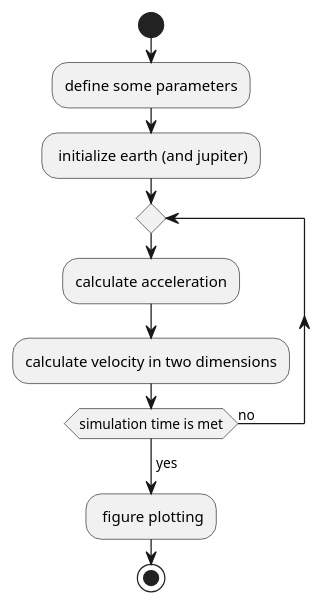
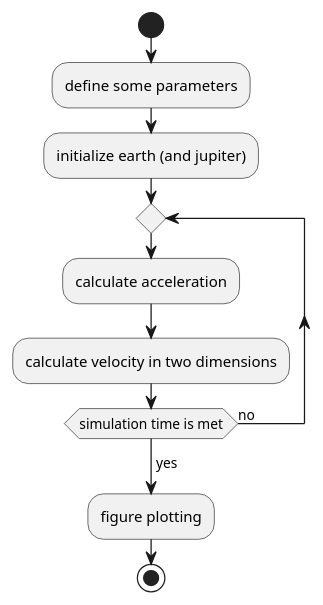
The diagram in doc/plan.md (EcoRedWine/Formalism-planet-etsuko), drawn with PlantUML before and after one commit.

````diff
--- a/doc/plan.md
+++ b/doc/plan.md
@@ -12,19 +12,19 @@
 ```plantuml
 @startuml
 
 start
 
 :define some parameters;
-: initialize earth (and jupiter);
+:initialize earth (and jupiter);
 
 repeat
 :calculate acceleration;
 :calculate velocity in two dimensions;
 
 repeat while (simulation time is met) is (no)
 -> yes;
-: figure plotting;
+:figure plotting;
 stop
 @enduml
 
 ```
````
